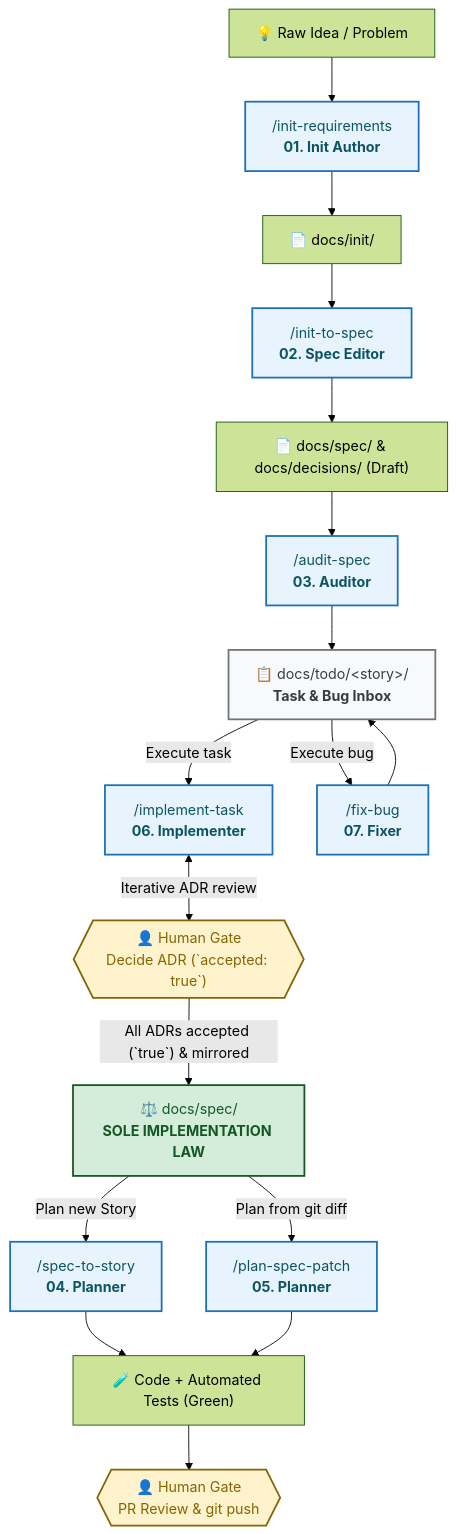
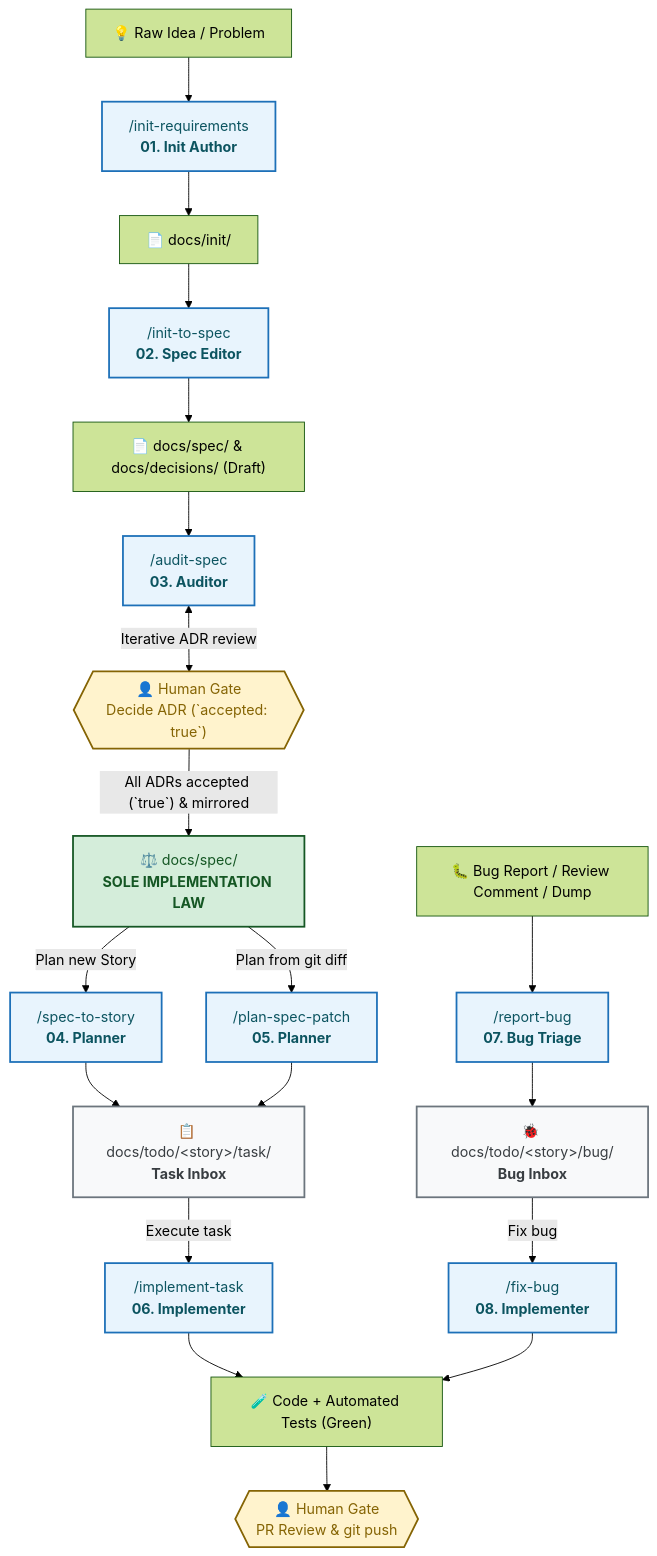
The diagram in README.md (gste/deltafuse), drawn with Mermaid (forest theme) before and after one commit. The commit also changed other lines of this file and 13 other files, not shown here.

Commit message:
feat: add 07-report-bug job, /report-bug skill, inbox support, and Antigravity skills

````diff
--- a/README.md
+++ b/README.md
@@ -15,32 +15,35 @@
 ```mermaid
 flowchart TD
     classDef human fill:#fff3cd,stroke:#856404,stroke-width:2px,color:#856404;
     classDef skill fill:#e8f4fd,stroke:#1d70b8,stroke-width:2px,color:#0c5460;
     classDef law fill:#d4edda,stroke:#155724,stroke-width:2px,color:#155724;
     classDef inbox fill:#f8f9fa,stroke:#6c757d,stroke-width:2px,color:#383d41;
 
     Raw["💡 Raw Idea / Problem"] --> S1["/init-requirements<br><b>01. Init Author</b>"]:::skill
     S1 --> InitDoc["📄 docs/init/"]
 
     InitDoc --> S2["/init-to-spec<br><b>02. Spec Editor</b>"]:::skill
     S2 --> SpecDraft["📄 docs/spec/ & docs/decisions/ (Draft)"]
 
     SpecDraft --> S3["/audit-spec<br><b>03. Auditor</b>"]:::skill
-    S6 <-->|"Iterative ADR review"| Gate1{{"👤 Human Gate<br>Decide ADR (`accepted: true`)"}}:::human
+    S3 <-->|"Iterative ADR review"| Gate1{{"👤 Human Gate<br>Decide ADR (`accepted: true`)"}}:::human
 
     Gate1 -->|"All ADRs accepted (`true`) & mirrored"| SpecLaw["⚖️ docs/spec/<br><b>SOLE IMPLEMENTATION LAW</b>"]:::law
 
     SpecLaw -->|"Plan new Story"| S4["/spec-to-story<br><b>04. Planner</b>"]:::skill
     SpecLaw -->|"Plan from git diff"| S5["/plan-spec-patch<br><b>05. Planner</b>"]:::skill
 
-    S3 --> Inbox["📋 docs/todo/&lt;story&gt;/<br><b>Task & Bug Inbox</b>"]:::inbox
-    S7 --> Inbox
+    RawBug["🐛 Bug Report / Review Comment / Dump"] --> S7["/report-bug<br><b>07. Bug Triage</b>"]:::skill
 
-    Inbox -->|"Execute task"| S6["/implement-task<br><b>06. Implementer</b>"]:::skill
-    Inbox -->|"Execute bug"| S7["/fix-bug<br><b>07. Fixer</b>"]:::skill
+    S4 --> TaskInbox["📋 docs/todo/&lt;story&gt;/task/<br><b>Task Inbox</b>"]:::inbox
+    S5 --> TaskInbox
+    S7 --> BugInbox["🐞 docs/todo/&lt;story&gt;/bug/<br><b>Bug Inbox</b>"]:::inbox
 
-    S4 --> Code["🧪 Code + Automated Tests (Green)"]
-    S5 --> Code
+    TaskInbox -->|"Execute task"| S6["/implement-task<br><b>06. Implementer</b>"]:::skill
+    BugInbox -->|"Fix bug"| S8["/fix-bug<br><b>08. Implementer</b>"]:::skill
+
+    S6 --> Code["🧪 Code + Automated Tests (Green)"]
+    S8 --> Code
 
     Code --> Gate2{{"👤 Human Gate<br>PR Review & git push"}}:::human
 ```
````
